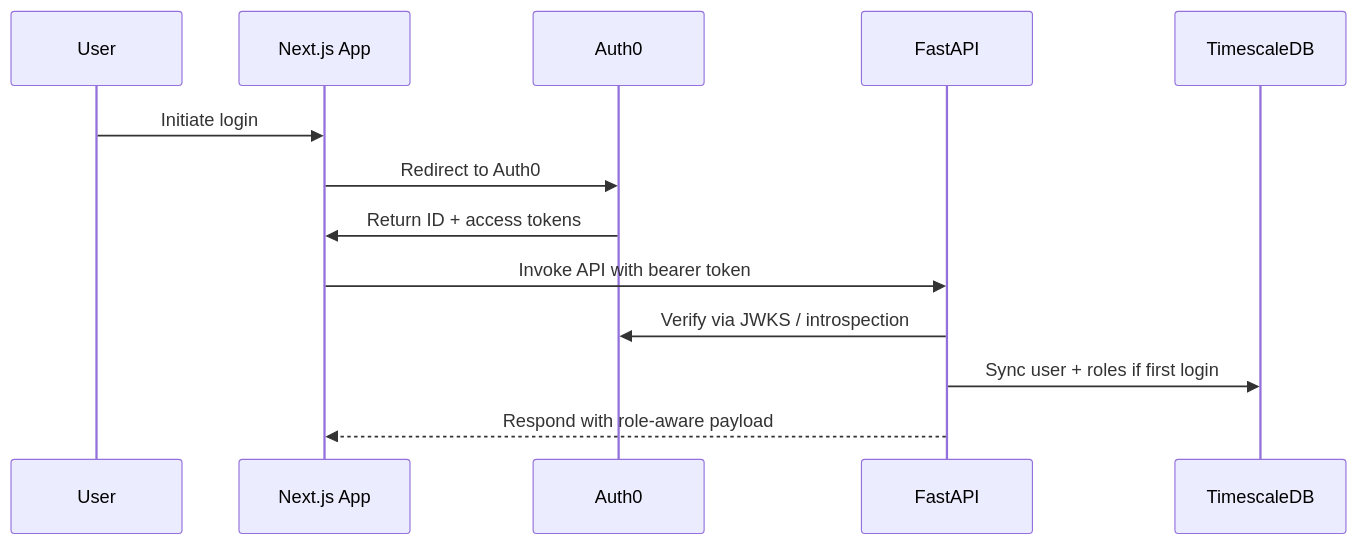
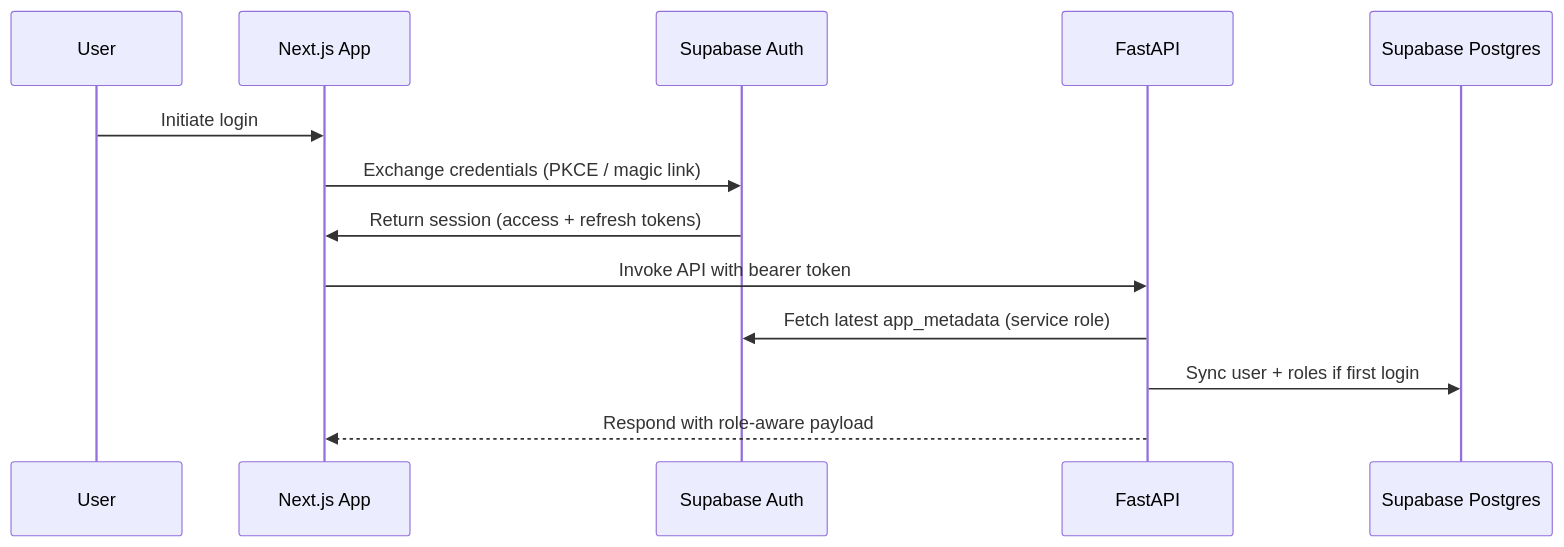
Before and after one commit to pierrickmartino/strategybuilder: the fourth of 5 diagrams in docs/architecture.md, drawn with Mermaid. The commit also changed other lines of this file and 2 other files, not shown here.

Commit message:
Mettre à jour la documentation de l'architecture et du brief pour refléter les changements dans l'authentification et les mises à jour de la base de données Supabase.

````diff
--- a/docs/architecture.md
+++ b/docs/architecture.md
@@ -893,15 +905,15 @@
 ```mermaid
 sequenceDiagram
   participant U as User
   participant FE as Next.js App
-  participant Auth as Auth0
+  participant Supa as Supabase Auth
   participant API as FastAPI
-  participant DB as TimescaleDB
+  participant DB as Supabase Postgres
   U->>FE: Initiate login
-  FE->>Auth: Redirect to Auth0
-  Auth->>FE: Return ID + access tokens
+  FE->>Supa: Exchange credentials (PKCE / magic link)
+  Supa->>FE: Return session (access + refresh tokens)
   FE->>API: Invoke API with bearer token
-  API->>Auth: Verify via JWKS / introspection
+  API->>Supa: Fetch latest app_metadata (service role)
   API->>DB: Sync user + roles if first login
   API-->>FE: Respond with role-aware payload
 ```
````
